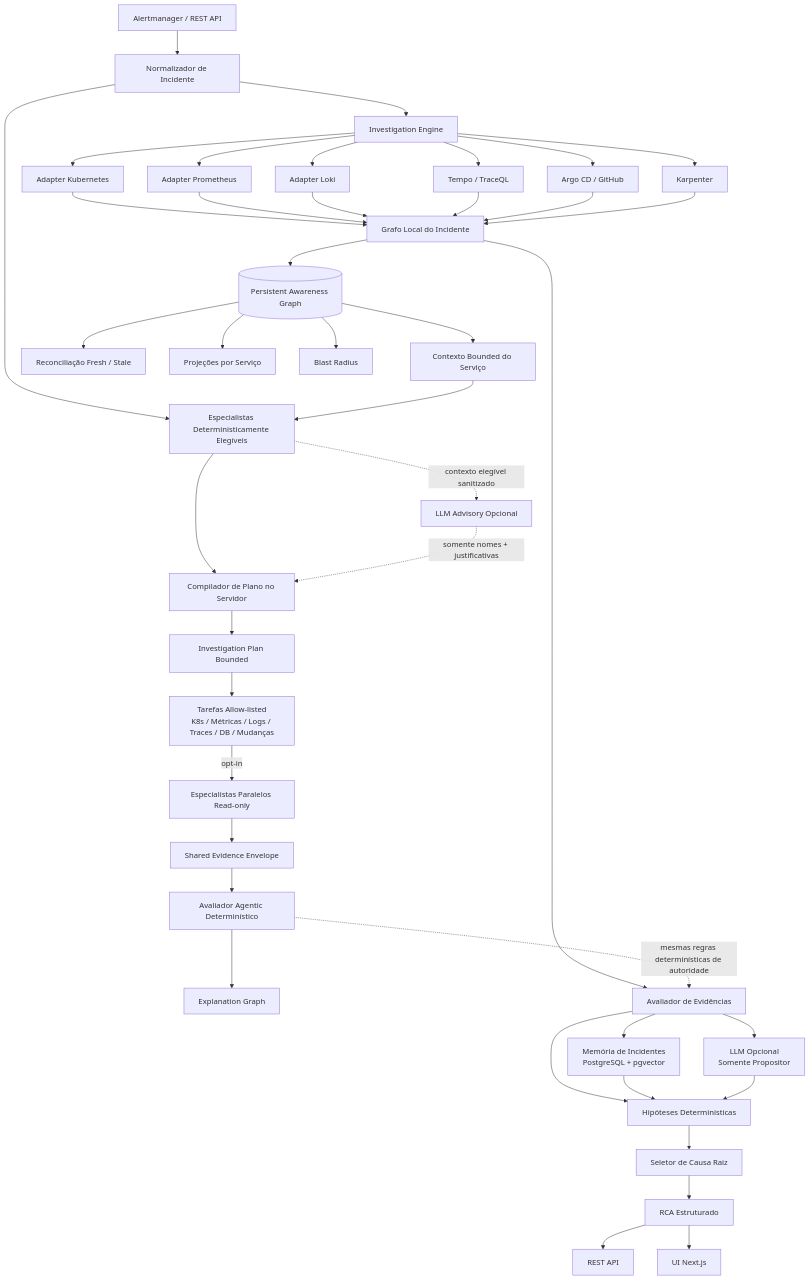
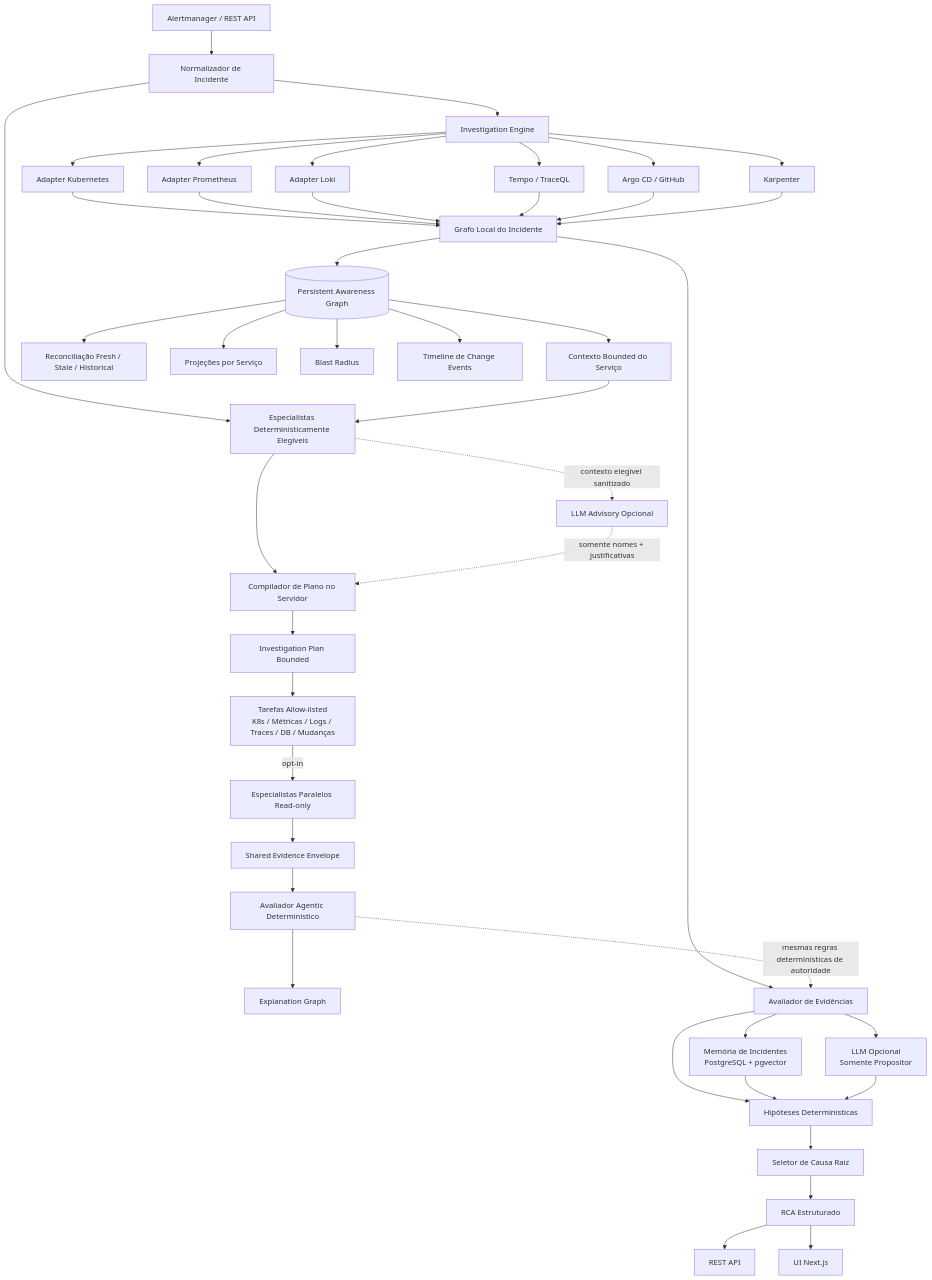
One commit to marcocristofolini/ai-sre-rca changed the first of 22 diagrams in docs/architecture.pt-BR.md. Above: the diagram before and after it, drawn with Mermaid. The commit also changed other lines of this file, not shown here.

Commit message:
docs: adicionar arquitetura de change events

````diff
--- a/docs/architecture.pt-BR.md
+++ b/docs/architecture.pt-BR.md
@@ -7,49 +7,50 @@
 ```mermaid
 flowchart TD
     A[Alertmanager / REST API] --> N[Normalizador de Incidente]
     N --> EL[Especialistas Deterministicamente Elegíveis]
     N --> I[Investigation Engine]
 
     PAG[(Persistent Awareness Graph)] --> CTX[Contexto Bounded do Serviço]
     CTX --> EL
     EL --> COMP[Compilador de Plano no Servidor]
     EL -. contexto elegível sanitizado .-> MPL[LLM Advisory Opcional]
     MPL -. somente nomes + justificativas .-> COMP
     COMP --> PLAN[Investigation Plan Bounded]
     PLAN --> PT[Tarefas Allow-listed<br/>K8s / Métricas / Logs / Traces / DB / Mudanças]
     PT -->|opt-in| ORCH[Especialistas Paralelos Read-only]
     ORCH --> SE[Shared Evidence Envelope]
     SE --> AE[Avaliador Agentic Determinístico]
     AE --> XG[Explanation Graph]
 
     I --> K[Adapter Kubernetes]
     I --> P[Adapter Prometheus]
     I --> L[Adapter Loki]
     I --> T[Tempo / TraceQL]
     I --> AR[Argo CD / GitHub]
     I --> KA[Karpenter]
 
     K --> LG[Grafo Local do Incidente]
     P --> LG
     L --> LG
     T --> LG
     AR --> LG
     KA --> LG
 
     LG --> EV[Avaliador de Evidências]
     AE -. mesmas regras determinísticas de autoridade .-> EV
     LG --> PAG
-    PAG --> REC[Reconciliação Fresh / Stale]
+    PAG --> REC[Reconciliação Fresh / Stale / Historical]
     PAG --> SV[Projeções por Serviço]
     PAG --> BR[Blast Radius]
+    PAG --> CE[Timeline de Change Events]
 
     EV --> H[Hipóteses Determinísticas]
     EV --> MEM[Memória de Incidentes<br/>PostgreSQL + pgvector]
     EV --> LLM[LLM Opcional<br/>Somente Propositor]
     MEM --> H
     LLM --> H
     H --> RC[Seletor de Causa Raiz]
     RC --> RCA[RCA Estruturado]
     RCA --> API[REST API]
     RCA --> UI[UI Next.js]
 ```
````
